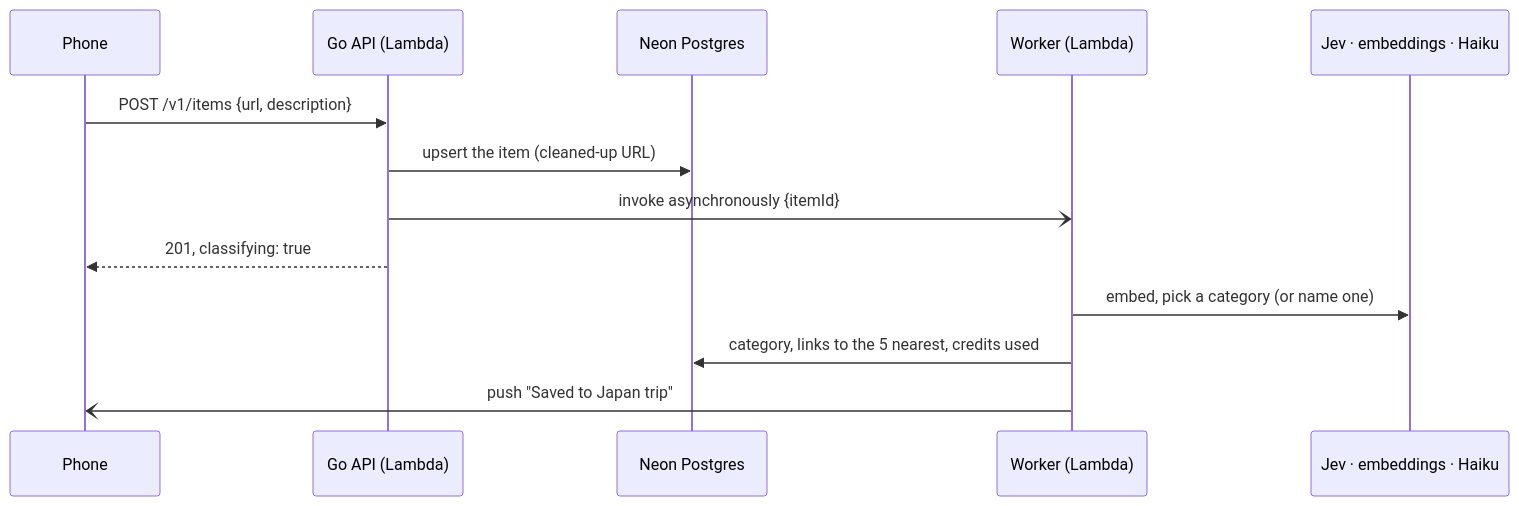
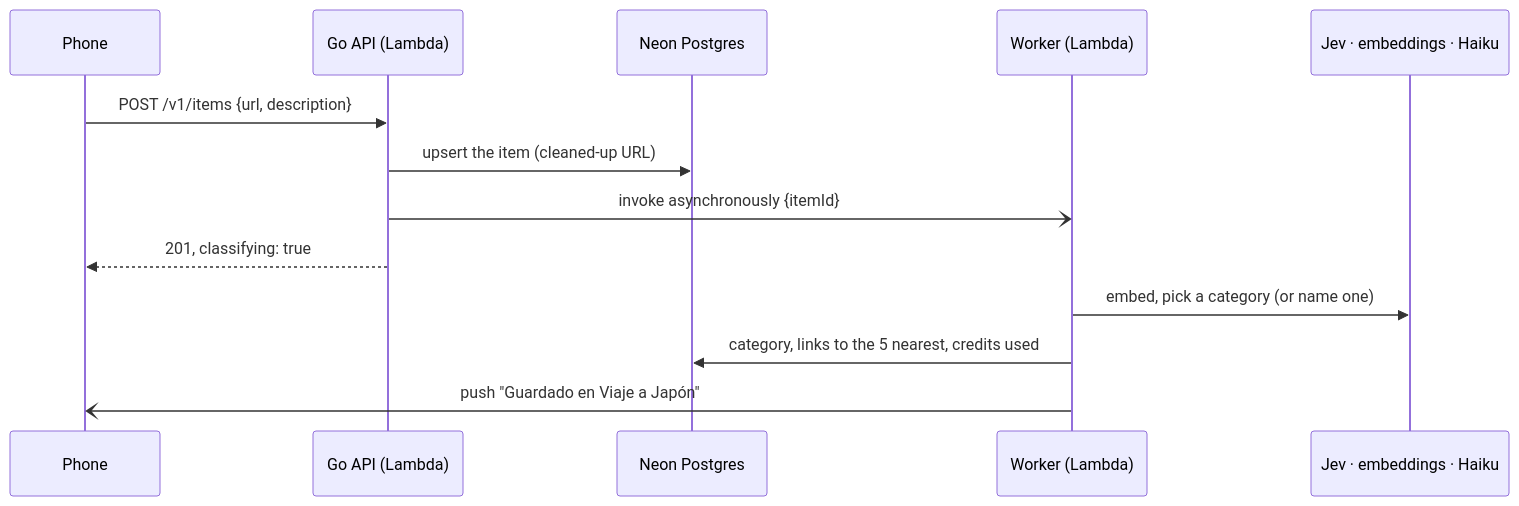
One commit to franco-roura/scrapbook-01 changed the diagram in docs/architecture.md. Above: the diagram before and after it, drawn with Mermaid. The commit also changed 47 other files, not shown here.

````diff
--- a/docs/architecture.md
+++ b/docs/architecture.md
@@ -54,15 +54,15 @@
 ```mermaid
 sequenceDiagram
   participant P as Phone
   participant A as Go API (Lambda)
   participant DB as Neon Postgres
   participant W as Worker (Lambda)
   participant AI as Jev · embeddings · Haiku
   P->>A: POST /v1/items {url, description}
   A->>DB: upsert the item (cleaned-up URL)
   A-)W: invoke asynchronously {itemId}
   A-->>P: 201, classifying: true
   W->>AI: embed, pick a category (or name one)
   W->>DB: category, links to the 5 nearest, credits used
-  W-)P: push "Saved to Japan trip"
+  W-)P: push "Guardado en Viaje a Japón"
 ```
````
